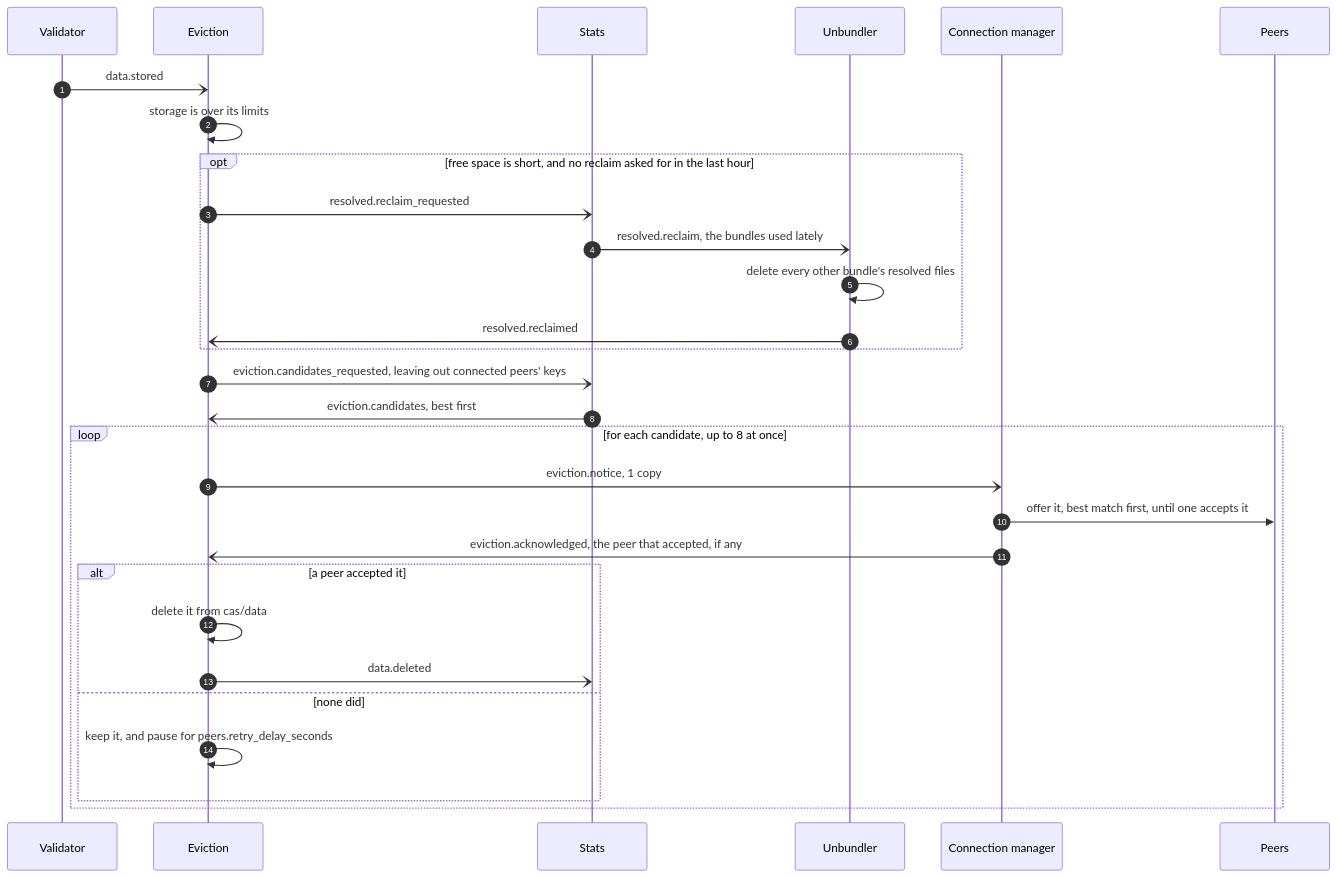
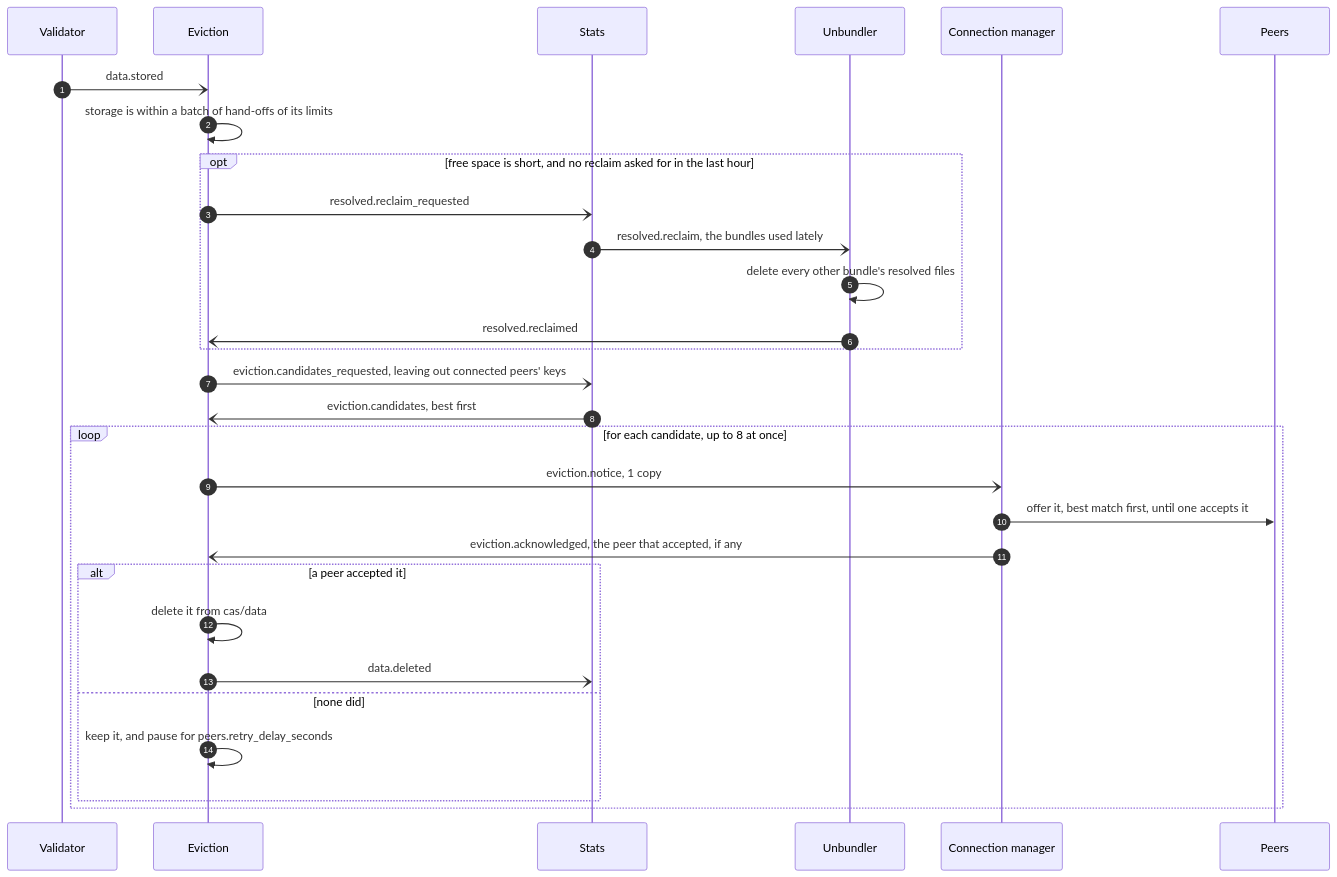
Diagram 12 of 13 in docs/implementation/Module System.md (marcpage/libranet), drawn with Mermaid before and after one commit. The commit also changed other lines of this file and 16 other files, not shown here.

````diff
--- a/docs/implementation/Module System.md
+++ b/docs/implementation/Module System.md
@@ -1048,32 +1061,32 @@
 ```mermaid
 sequenceDiagram
     autonumber
     participant val as Validator
     participant evict as Eviction
     participant stats as Stats
     participant unb as Unbundler
     participant conn as Connection manager
     participant peers as Peers
 
     val-)evict: data.stored
-    evict->>evict: storage is over its limits
+    evict->>evict: storage is within a batch of hand-offs of its limits
     opt free space is short, and no reclaim asked for in the last hour
         evict-)stats: resolved.reclaim_requested
         stats-)unb: resolved.reclaim, the bundles used lately
         unb->>unb: delete every other bundle's resolved files
         unb-)evict: resolved.reclaimed
     end
     evict-)stats: eviction.candidates_requested, leaving out connected peers' keys
     stats-)evict: eviction.candidates, best first
     loop for each candidate, up to 8 at once
         evict-)conn: eviction.notice, 1 copy
         conn->>peers: offer it, best match first, until one accepts it
         conn-)evict: eviction.acknowledged, the peer that accepted, if any
         alt a peer accepted it
             evict->>evict: delete it from cas/data
             evict-)stats: data.deleted
         else none did
             evict->>evict: keep it, and pause for peers.retry_delay_seconds
         end
     end
 ```
````
